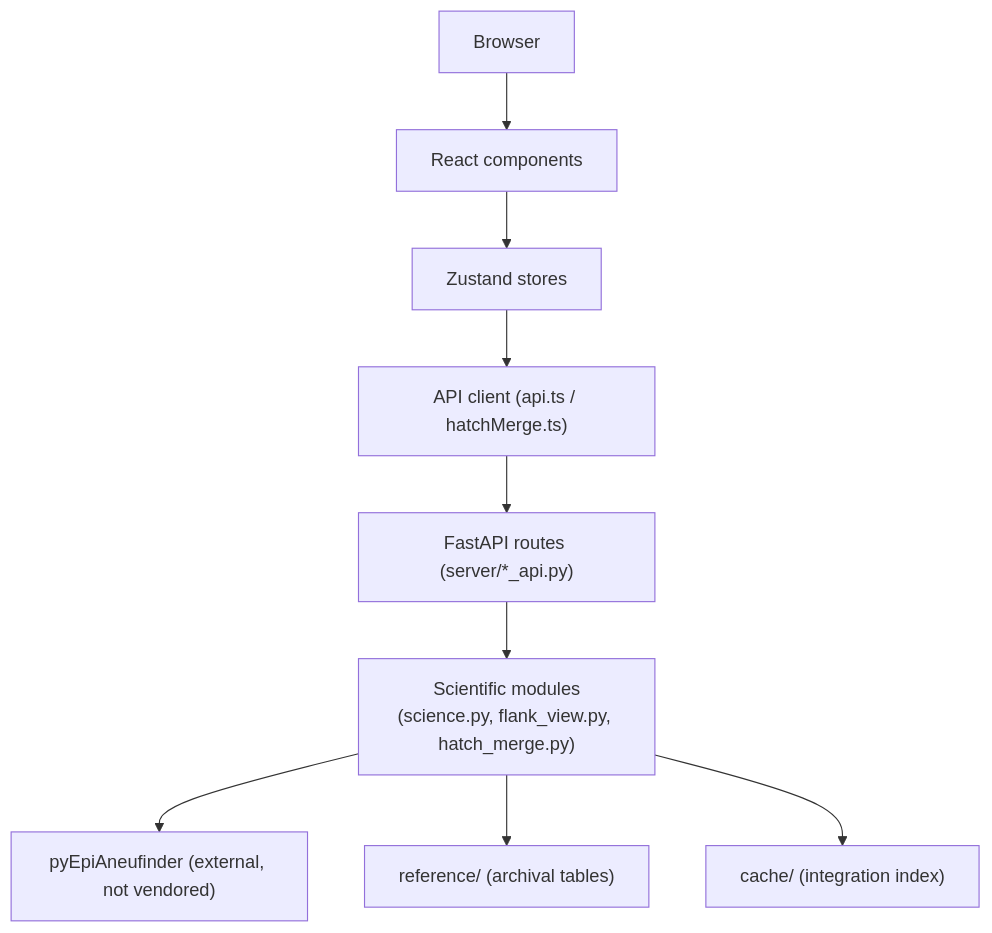
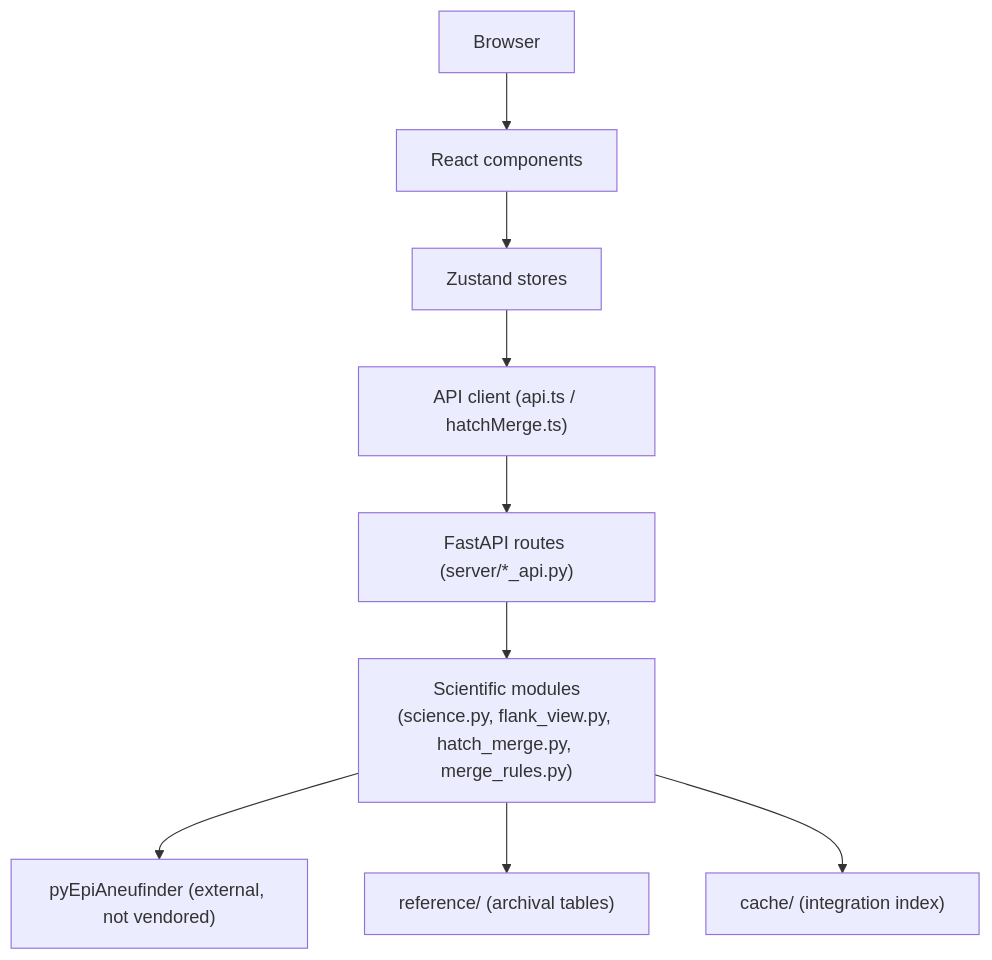
Before and after one commit to macelik/scientific-explorer: the diagram in docs/ARCHITECTURE.md, drawn with Mermaid. The commit also changed other lines of this file and 3 other files, not shown here.

````diff
--- a/docs/ARCHITECTURE.md
+++ b/docs/ARCHITECTURE.md
@@ -47,11 +48,11 @@
 ```mermaid
 flowchart TD
     Browser[Browser] --> Components[React components]
     Components --> Stores[Zustand stores]
     Stores --> APIClient["API client (api.ts / hatchMerge.ts)"]
     APIClient --> Routes["FastAPI routes (server/*_api.py)"]
-    Routes --> Science["Scientific modules\n(science.py, flank_view.py, hatch_merge.py)"]
+    Routes --> Science["Scientific modules\n(science.py, flank_view.py, hatch_merge.py, merge_rules.py)"]
     Science --> PyEpi["pyEpiAneufinder (external, not vendored)"]
     Science --> Reference["reference/ (archival tables)"]
     Science --> Cache["cache/ (integration index)"]
 ```
````
